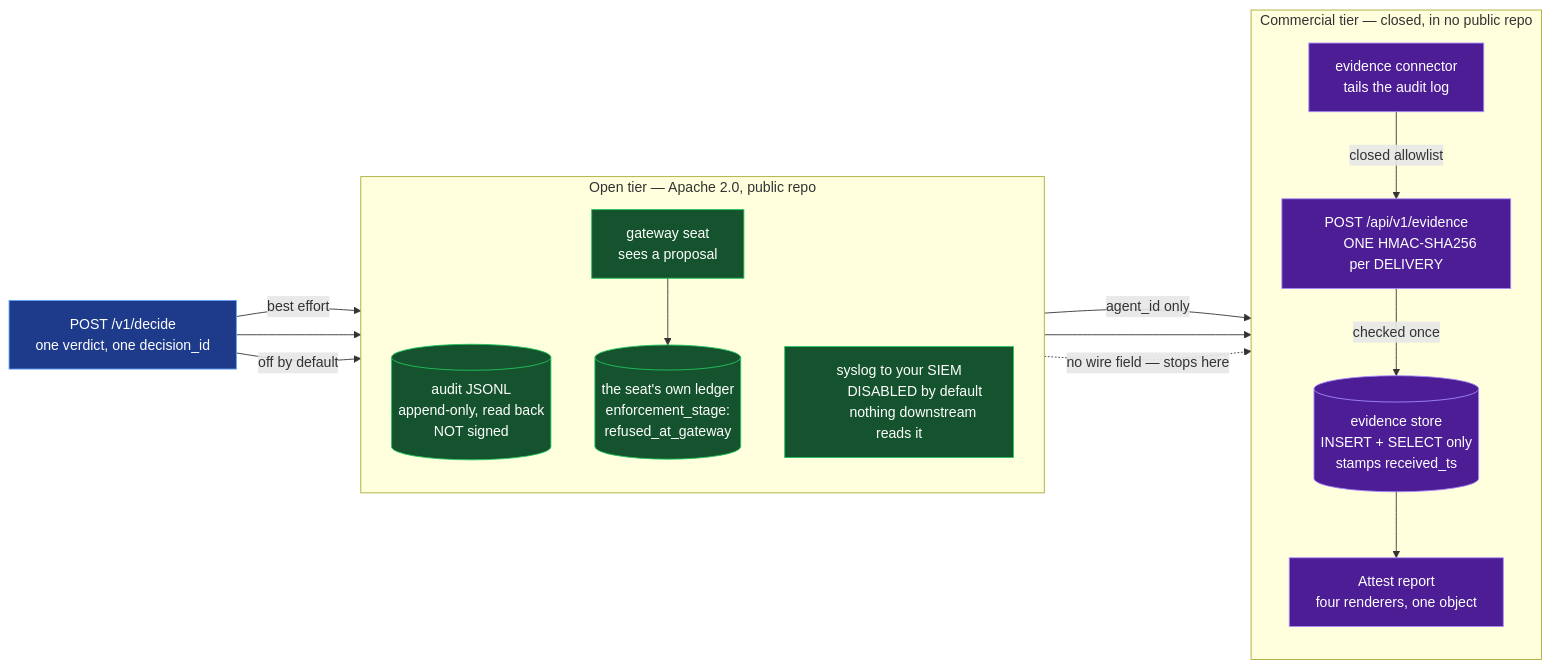
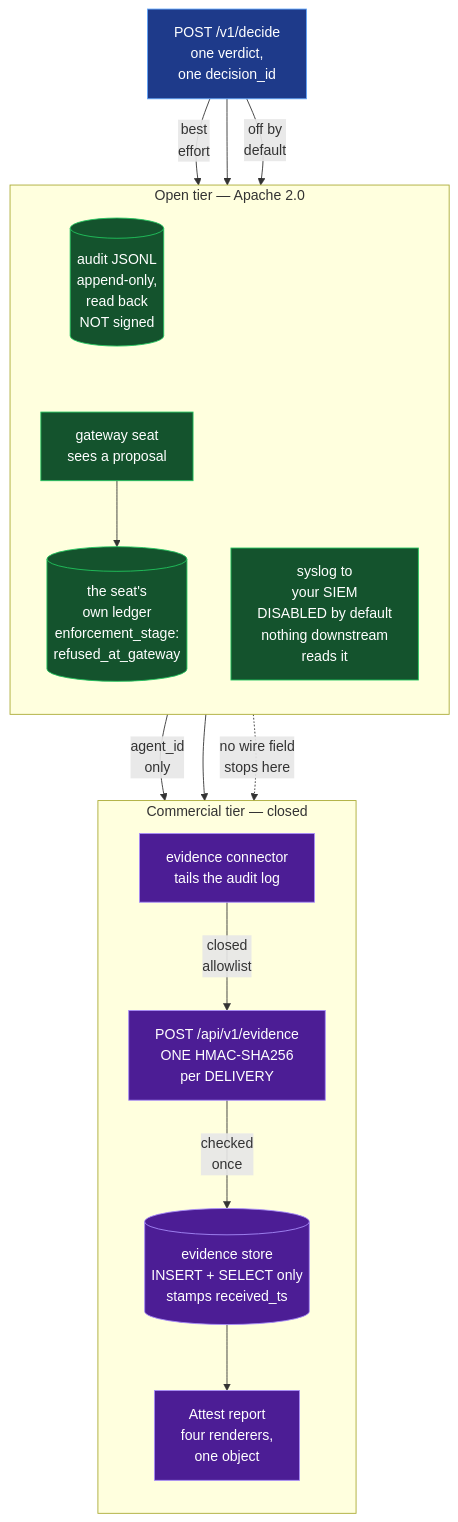
One commit to Reeflex-io/reeflex changed the third of 6 diagrams in docs/architecture/diagrams.md. Above: the diagram before and after it, drawn with Mermaid. The commit also changed other lines of this file and 2 other files, not shown here.

````diff
--- a/docs/architecture/diagrams.md
+++ b/docs/architecture/diagrams.md
@@ -194,47 +227,78 @@
 ```mermaid
-flowchart LR
+flowchart TB
     DEC["POST /v1/decide
-    one verdict, one decision_id"]
+    one verdict,
+    one decision_id"]
 
-    subgraph OPEN["Open tier — Apache 2.0, public repo"]
+    subgraph OPEN["Open tier — Apache 2.0"]
         direction TB
         AUD[("audit JSONL
-        append-only, read back
+        append-only,
+        read back
         NOT signed")]
         GW["gateway seat
         sees a proposal"]
-        GWL[("the seat's own ledger
+        GWL[("the seat's
+        own ledger
         enforcement_stage:
         refused_at_gateway")]
-        SIE["syslog to your SIEM
+        SIE["syslog to
+        your SIEM
         DISABLED by default
-        nothing downstream reads it"]
+        nothing downstream
+        reads it"]
     end
 
-    subgraph COMM["Commercial tier — closed, in no public repo"]
+    subgraph COMM["Commercial tier — closed"]
         direction TB
         CONN["evidence connector
         tails the audit log"]
         WIRE["POST /api/v1/evidence
-        ONE HMAC-SHA256 per DELIVERY"]
+        ONE HMAC-SHA256
+        per DELIVERY"]
         STORE[("evidence store
         INSERT + SELECT only
         stamps received_ts")]
         REP["Attest report
-        four renderers, one object"]
+        four renderers,
+        one object"]
     end
 
-    DEC -- "best effort" --> AUD
+    DEC -- "best
+    effort" --> AUD
     DEC --> GW
     GW --> GWL
-    GW -- "agent_id only" --> WIRE
+    GW -- "agent_id
+    only" --> WIRE
     AUD --> CONN
-    CONN -- "closed allowlist" --> WIRE
-    WIRE -- "checked once" --> STORE
+    CONN -- "closed
+    allowlist" --> WIRE
+    WIRE -- "checked
+    once" --> STORE
     STORE --> REP
-    DEC -- "off by default" --> SIE
+    DEC -- "off by
+    default" --> SIE
 
-    GWL -. "no wire field — stops here" .-> WIRE
+    GWL -. "no wire field
+    stops here" .-> WIRE
+
+    %% Invisible links, same idiom as the three-seams diagram below. Two
+    %% measured problems they fix, both in the rendered image and neither
+    %% visible in the source:
+    %% --
+    %% 1. The tiers interleave ranks (the connector sits at the same depth as
+    %%    the seat's ledger), and dagre answers that by placing the clusters
+    %%    SIDE BY SIDE — 2211px wide, 5px labels. Pushing the connector below
+    %%    the seat's ledger separates the rank bands so the tiers STACK: open
+    %%    above closed, the order the prose reads them in. (A
+    %%    subgraph-to-subgraph `OPEN ~~~ COMM` was tried first and measured a
+    %%    NO-OP — the constraint has to land on nodes.)
+    %% 2. With all three of core's traces on one rank, `GW --> GWL` routed
+    %%    BEHIND the SIEM node, so the picture read "gateway seat -> syslog to
+    %%    your SIEM" — an edge this graph does not declare. Giving the open
+    %%    tier its own spine removes the crossing.
+    AUD ~~~ GW
+    GWL ~~~ CONN
 
     classDef open fill:#14532d,stroke:#22c55e,color:#fff;
     classDef comm fill:#4c1d95,stroke:#a78bfa,color:#fff;
````
